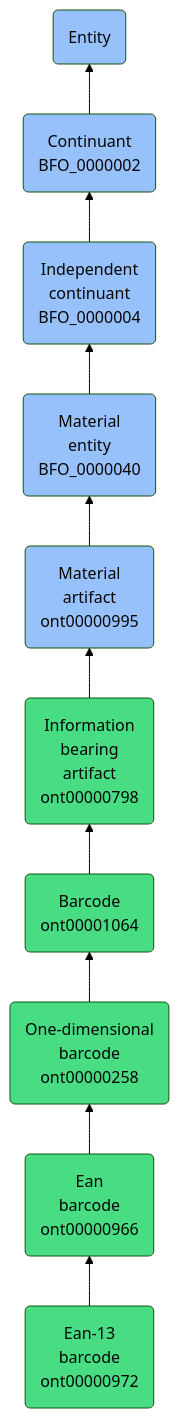
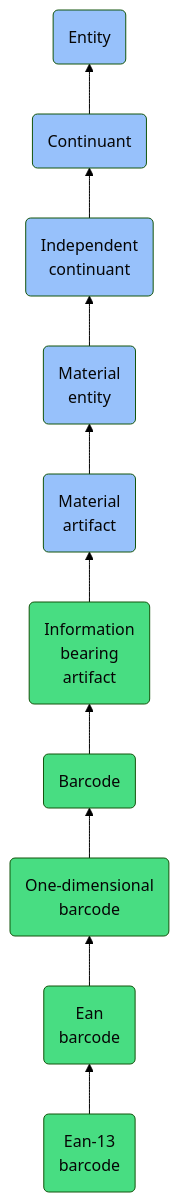
One commit to jupyter-naas/abi changed the diagram in docs/ontology/reference/model/Entity/Continuant/Independent continuant/Material entity/Material artifact/Information bearing artifact/Barcode/One-dimensional barcode/Ean barcode/Ean-13 barcode/Ean-13 barcode.md. Above: the diagram before and after it, drawn with Mermaid (forest theme). The commit also changed other lines of this file and 1430 other files, not shown here.

````diff
--- a/docs/ontology/reference/model/Entity/Continuant/Independent continuant/Material entity/Material artifact/Information bearing artifact/Barcode/One-dimensional barcode/Ean barcode/Ean-13 barcode/Ean-13 barcode.md
+++ b/docs/ontology/reference/model/Entity/Continuant/Independent continuant/Material entity/Material artifact/Information bearing artifact/Barcode/One-dimensional barcode/Ean barcode/Ean-13 barcode/Ean-13 barcode.md
@@ -24,17 +24,17 @@
 ```mermaid
 graph BT
-    ont00000972(Ean-13<br>barcode<br>ont00000972):::ABI-->ont00000966
-    ont00000966(Ean<br>barcode<br>ont00000966):::ABI-->ont00000258
-    ont00000258(One-dimensional<br>barcode<br>ont00000258):::ABI-->ont00001064
-    ont00001064(Barcode<br>ont00001064):::ABI-->ont00000798
-    ont00000798(Information<br>bearing<br>artifact<br>ont00000798):::ABI-->ont00000995
-    ont00000995(Material<br>artifact<br>ont00000995):::BFO-->BFO_0000040
-    BFO_0000040(Material<br>entity<br>BFO_0000040):::BFO-->BFO_0000004
-    BFO_0000004(Independent<br>continuant<br>BFO_0000004):::BFO-->BFO_0000002
-    BFO_0000002(Continuant<br>BFO_0000002):::BFO-->BFO_0000001
+    ont00000972(Ean-13<br>barcode):::ABI-->ont00000966
+    ont00000966(Ean<br>barcode):::ABI-->ont00000258
+    ont00000258(One-dimensional<br>barcode):::ABI-->ont00001064
+    ont00001064(Barcode):::ABI-->ont00000798
+    ont00000798(Information<br>bearing<br>artifact):::ABI-->ont00000995
+    ont00000995(Material<br>artifact):::BFO-->BFO_0000040
+    BFO_0000040(Material<br>entity):::BFO-->BFO_0000004
+    BFO_0000004(Independent<br>continuant):::BFO-->BFO_0000002
+    BFO_0000002(Continuant):::BFO-->BFO_0000001
     BFO_0000001(Entity):::BFO
     
     classDef BFO fill:#97c1fb,color:#060606
     classDef CCO fill:#e4c51e,color:#060606
     classDef ABI fill:#48DD82,color:#060606
 ```
````
